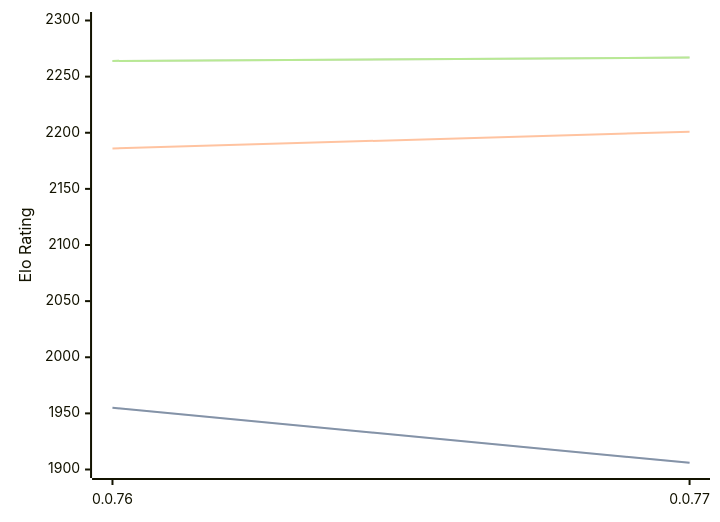
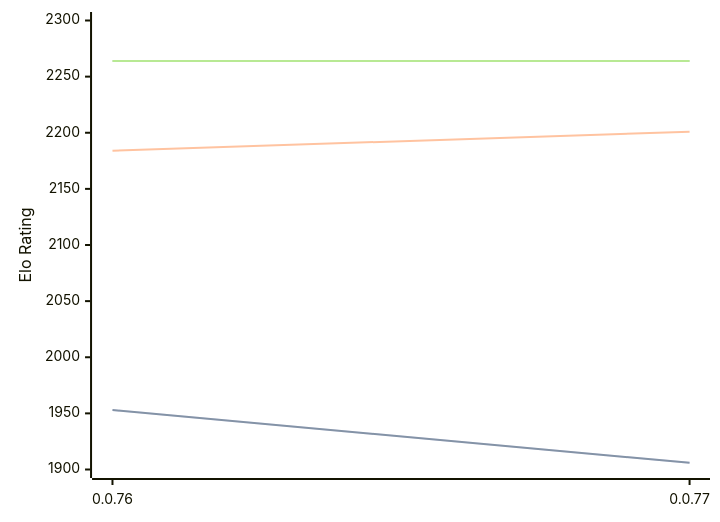
Before and after one commit to computer-chess-index/cci: the diagram in engines/Fktb.md, drawn with Mermaid. The commit also changed other lines of this file, not shown here.

Commit message:
Update CCI Ratings (ELO VLTC) - 2026-03-03

````diff
--- a/engines/Fktb.md
+++ b/engines/Fktb.md
@@ -30,11 +30,11 @@
 ```mermaid
 %%{init: {"theme":"base","themeVariables":{"seriesColors:['#a3a3a3','#222221','#faa371']}}}%%
 xychart-beta
   x-axis ["0.0.76", "0.0.77"]
   y-axis "Elo Rating" 1900 --> 2300
-  line "STC (8.0+0.08s)" [1955, 1906]
-  line "STC (8.0+0.08s)" [1955, 1906]
-  line "LTC (60.0+0.60s)" [2186, 2201]
-  line "VLTC (2m24s+1.12s)" [2264, 2267]
-  line "VLTC (2m24s+1.12s)" [2264, 2267]
+  line "STC (8.0+0.08s)" [1953, 1906]
+  line "STC (8.0+0.08s)" [1953, 1906]
+  line "LTC (60.0+0.60s)" [2184, 2201]
+  line "VLTC (2m24s+1.12s)" [2264, 2264]
+  line "VLTC (2m24s+1.12s)" [2264, 2264]
 ```
````
